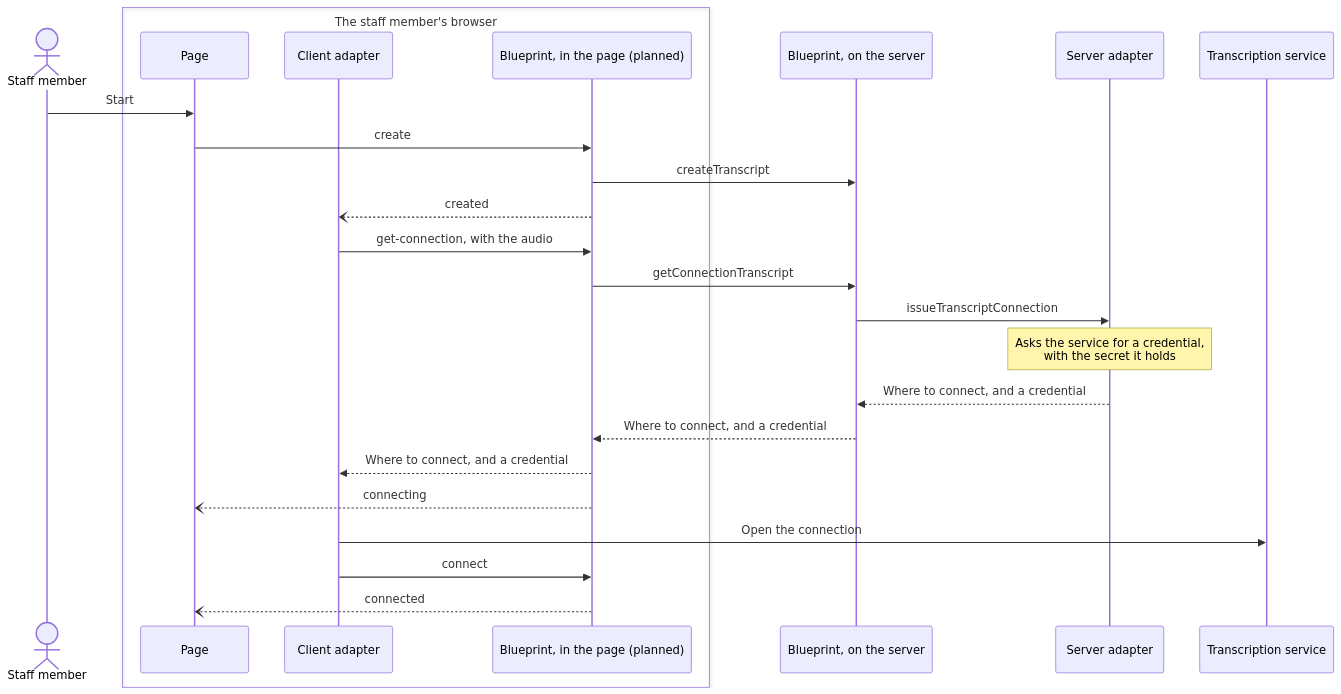
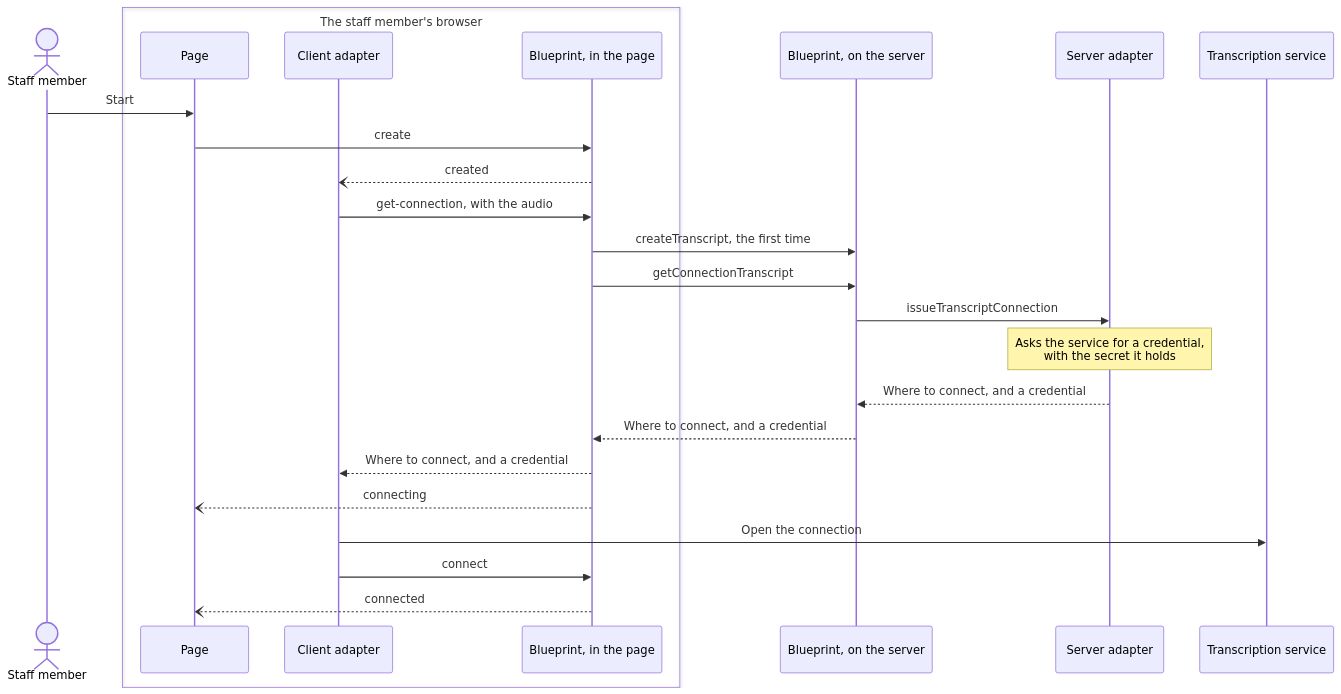
One commit to codeforamerica/safety-net-blueprint changed the second of 6 diagrams in docs/architecture/domains/communication.md. Above: the diagram before and after it, drawn with Mermaid. The commit also changed other lines of this file, not shown here.

First line of the commit message:
Document the built session in communication.md

````diff
--- a/docs/architecture/domains/communication.md
+++ b/docs/architecture/domains/communication.md
@@ -149,28 +151,28 @@
 ```mermaid
 sequenceDiagram
     actor Staff as Staff member
     box The staff member's browser
         participant Page
         participant Client as Client adapter
-        participant Session as Blueprint, in the page (planned)
+        participant Session as Blueprint, in the page
     end
     participant Server as Blueprint, on the server
     participant Adapter as Server adapter
     participant Service as Transcription service
 
     Staff->>Page: Start
     Page->>Session: create
-    Session->>Server: createTranscript
     Session--)Client: created
     Client->>Session: get-connection, with the audio
+    Session->>Server: createTranscript, the first time
     Session->>Server: getConnectionTranscript
     Server->>Adapter: issueTranscriptConnection
     Note over Adapter: Asks the service for a credential,<br/>with the secret it holds
     Adapter-->>Server: Where to connect, and a credential
     Server-->>Session: Where to connect, and a credential
     Session-->>Client: Where to connect, and a credential
     Session--)Page: connecting
     Client->>Service: Open the connection
     Client->>Session: connect
     Session--)Page: connected
 ```
````
